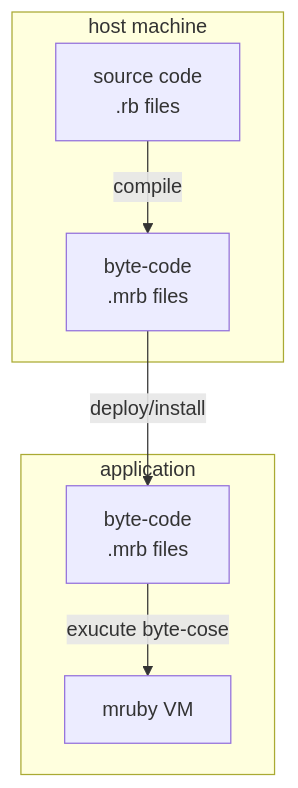
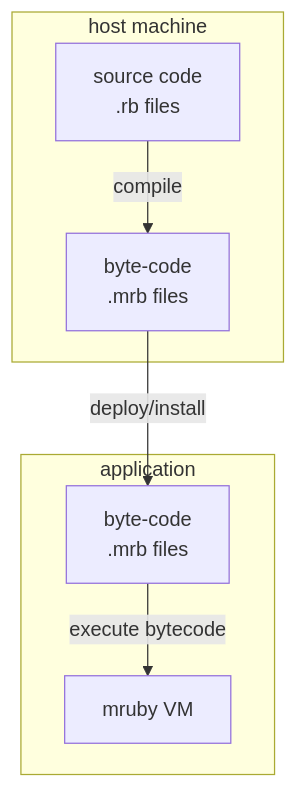
Before and after one commit to hadashiA/MRubyCS: the diagram in README.md, drawn with Mermaid. The commit also changed other lines of this file, not shown here.

````diff
--- a/README.md
+++ b/README.md
@@ -422,18 +425,18 @@
 ```mermaid
 graph TB
     subgraph host["host machine"]
         A[source code<br/>.rb files]
         C[byte-code<br/>.mrb files]
 
         A -->|compile| C
     end
 
     C -->|deploy/install| E
 
     subgraph application["application"]
         D[mruby VM]
         E[byte-code<br>.mrb files]
 
-        E -->|exucute byte-cose| D
+        E -->|execute bytecode| D
     end
 ```
````
